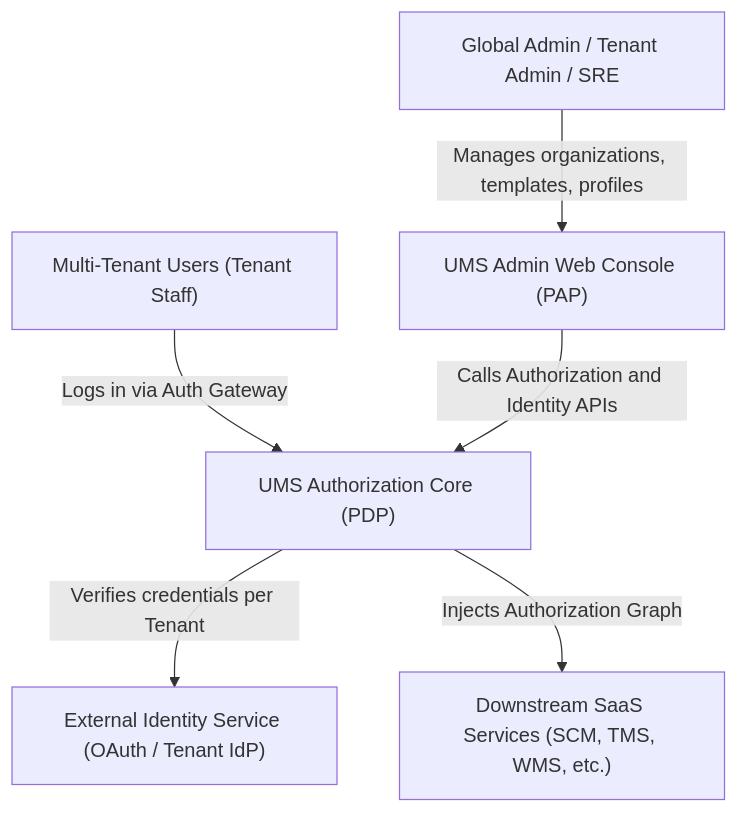
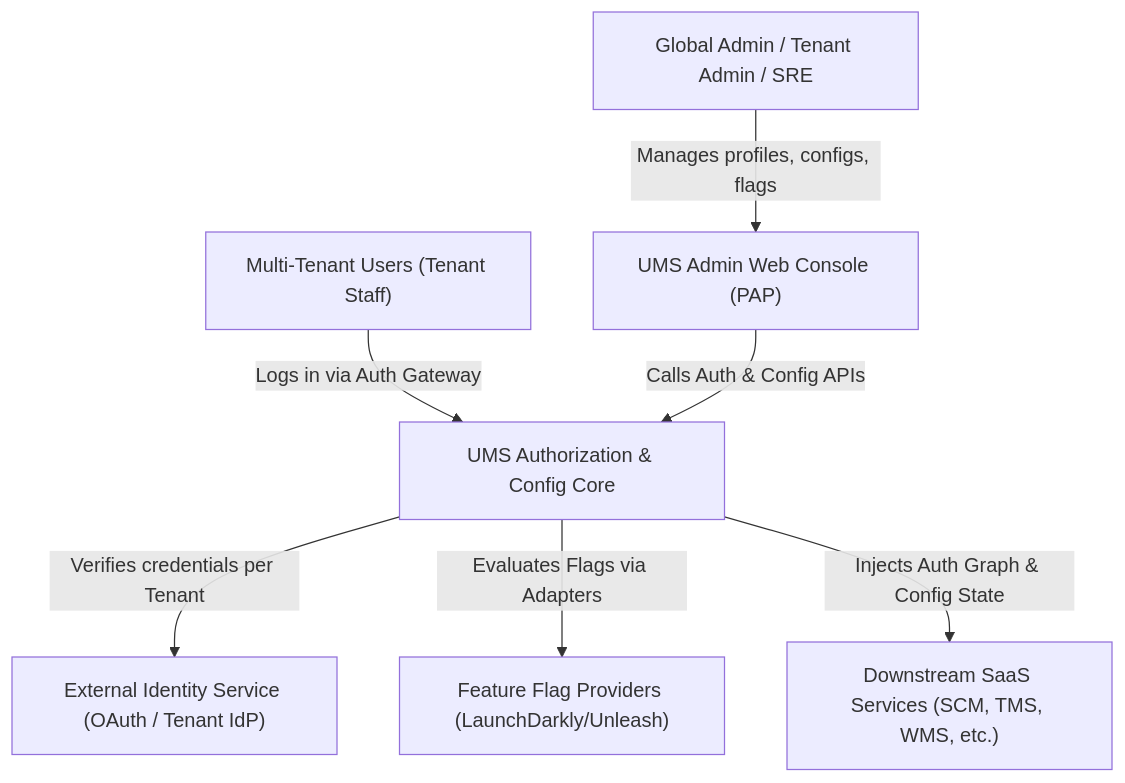
The first of 3 diagrams in ums-workspace/docs/02-architecture/architecture-spec.md (beyondnetcode/arc32_nodejs_progresive_monolith), drawn with Mermaid before and after one commit. The commit also changed other lines of this file and 4 other files, not shown here.

````diff
--- a/ums-workspace/docs/02-architecture/architecture-spec.md
+++ b/ums-workspace/docs/02-architecture/architecture-spec.md
@@ -41,15 +41,17 @@
 ```mermaid
 graph TD
     User["Multi-Tenant Users (Tenant Staff)"]
     Admin["Global Admin / Tenant Admin / SRE"]
-    UMS["UMS Authorization Core (PDP)"]
+    UMS["UMS Authorization & Config Core"]
     UMSConsole["UMS Admin Web Console (PAP)"]
     ExternalAuth["External Identity Service (OAuth / Tenant IdP)"]
+    ExternalFlags["Feature Flag Providers (LaunchDarkly/Unleash)"]
     Downstream["Downstream SaaS Services (SCM, TMS, WMS, etc.)"]
 
     User -->|Logs in via Auth Gateway| UMS
-    Admin -->|Manages organizations, templates, profiles| UMSConsole
-    UMSConsole -->|Calls Authorization and Identity APIs| UMS
+    Admin -->|Manages profiles, configs, flags| UMSConsole
+    UMSConsole -->|Calls Auth & Config APIs| UMS
     UMS -->|Verifies credentials per Tenant| ExternalAuth
-    UMS -->|Injects Authorization Graph| Downstream
+    UMS -->|Evaluates Flags via Adapters| ExternalFlags
+    UMS -->|Injects Auth Graph & Config State| Downstream
 ```
````
